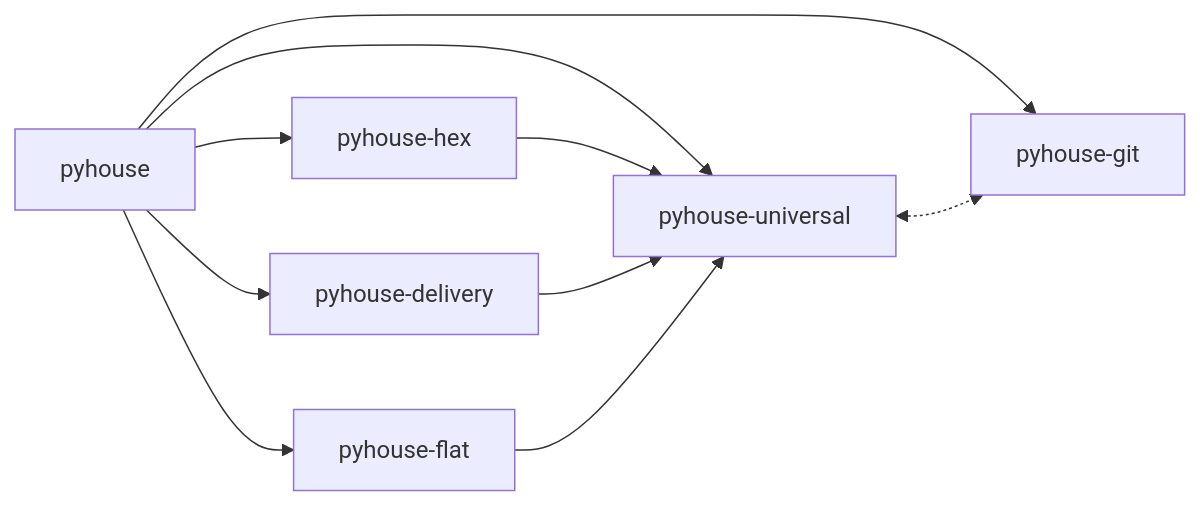
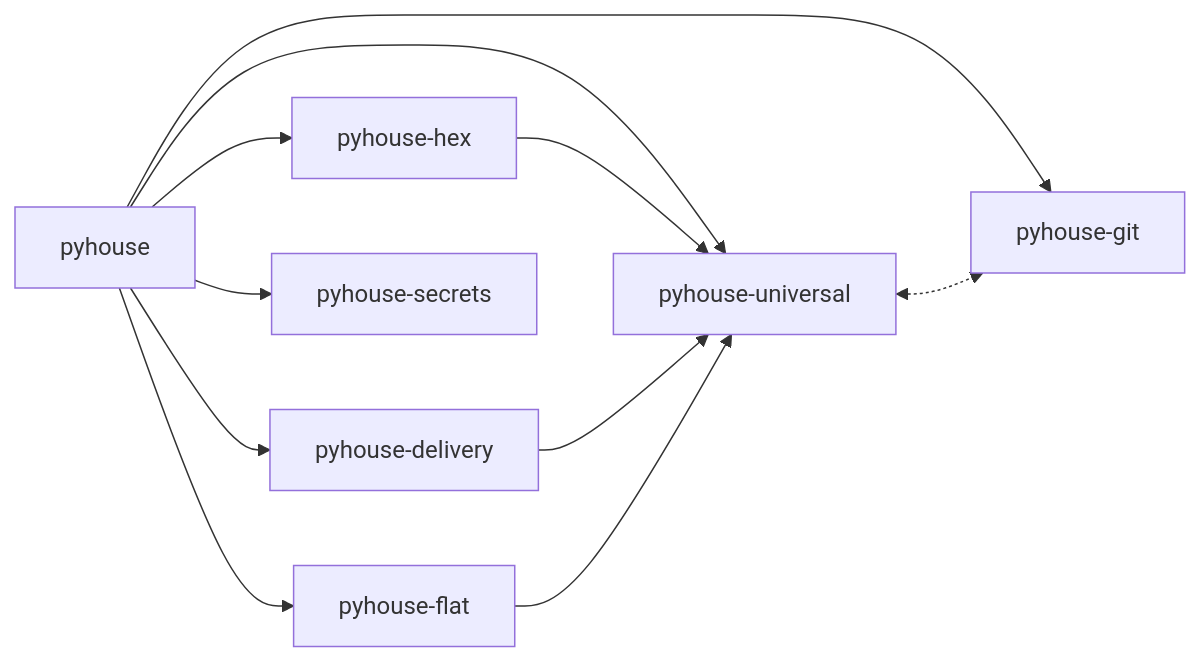
Before and after one commit to wntic/pyhouse: the diagram in README.md, drawn with Mermaid. The commit also changed other lines of this file and 14 other files, not shown here.

First line of the commit message:
feat(secrets): add pyhouse-secrets, a guard on files of secrets

````diff
--- a/README.md
+++ b/README.md
@@ -32,12 +32,13 @@
 ```mermaid
 flowchart LR
     pyhouse["pyhouse"] --> universal["pyhouse-universal"]
     pyhouse --> hex["pyhouse-hex"]
     pyhouse --> flat["pyhouse-flat"]
     pyhouse --> git["pyhouse-git"]
     pyhouse --> delivery["pyhouse-delivery"]
+    pyhouse --> secrets["pyhouse-secrets"]
     hex --> universal
     delivery --> universal
     flat --> universal
     universal <-.-> git
 ```
````
